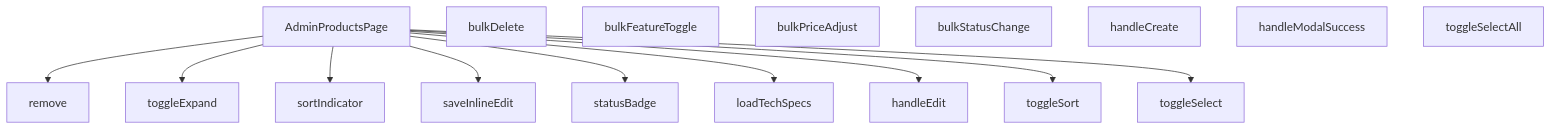
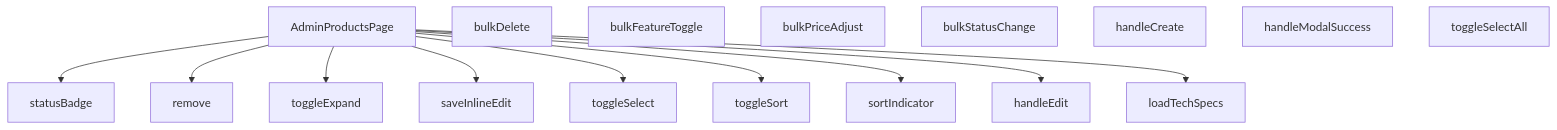
The diagram in src/views/admin/AdminProductsPage.md (peckop/venthub-hvac-esite), drawn with Mermaid before and after one commit. The commit also changed other lines of this file and 63 other files, not shown here.

````diff
--- a/src/views/admin/AdminProductsPage.md
+++ b/src/views/admin/AdminProductsPage.md
@@ -484,29 +484,29 @@
 ```mermaid
 graph TD
     AdminProductsPage_tsx__AdminProductsPage["AdminProductsPage"]
     AdminProductsPage_tsx__bulkDelete["bulkDelete"]
     AdminProductsPage_tsx__bulkFeatureToggle["bulkFeatureToggle"]
     AdminProductsPage_tsx__bulkPriceAdjust["bulkPriceAdjust"]
     AdminProductsPage_tsx__bulkStatusChange["bulkStatusChange"]
     AdminProductsPage_tsx__handleCreate["handleCreate"]
     AdminProductsPage_tsx__handleEdit["handleEdit"]
     AdminProductsPage_tsx__handleModalSuccess["handleModalSuccess"]
     AdminProductsPage_tsx__loadTechSpecs["loadTechSpecs"]
     AdminProductsPage_tsx__remove["remove"]
     AdminProductsPage_tsx__saveInlineEdit["saveInlineEdit"]
     AdminProductsPage_tsx__sortIndicator["sortIndicator"]
     AdminProductsPage_tsx__statusBadge["statusBadge"]
     AdminProductsPage_tsx__toggleExpand["toggleExpand"]
     AdminProductsPage_tsx__toggleSelect["toggleSelect"]
     AdminProductsPage_tsx__toggleSelectAll["toggleSelectAll"]
     AdminProductsPage_tsx__toggleSort["toggleSort"]
+    AdminProductsPage_tsx__AdminProductsPage --> AdminProductsPage_tsx__statusBadge
     AdminProductsPage_tsx__AdminProductsPage --> AdminProductsPage_tsx__remove
     AdminProductsPage_tsx__AdminProductsPage --> AdminProductsPage_tsx__toggleExpand
+    AdminProductsPage_tsx__AdminProductsPage --> AdminProductsPage_tsx__saveInlineEdit
+    AdminProductsPage_tsx__AdminProductsPage --> AdminProductsPage_tsx__toggleSelect
+    AdminProductsPage_tsx__AdminProductsPage --> AdminProductsPage_tsx__toggleSort
     AdminProductsPage_tsx__AdminProductsPage --> AdminProductsPage_tsx__sortIndicator
-    AdminProductsPage_tsx__AdminProductsPage --> AdminProductsPage_tsx__saveInlineEdit
-    AdminProductsPage_tsx__AdminProductsPage --> AdminProductsPage_tsx__statusBadge
+    AdminProductsPage_tsx__AdminProductsPage --> AdminProductsPage_tsx__handleEdit
     AdminProductsPage_tsx__AdminProductsPage --> AdminProductsPage_tsx__loadTechSpecs
-    AdminProductsPage_tsx__AdminProductsPage --> AdminProductsPage_tsx__handleEdit
-    AdminProductsPage_tsx__AdminProductsPage --> AdminProductsPage_tsx__toggleSort
-    AdminProductsPage_tsx__AdminProductsPage --> AdminProductsPage_tsx__toggleSelect
 ```
````
